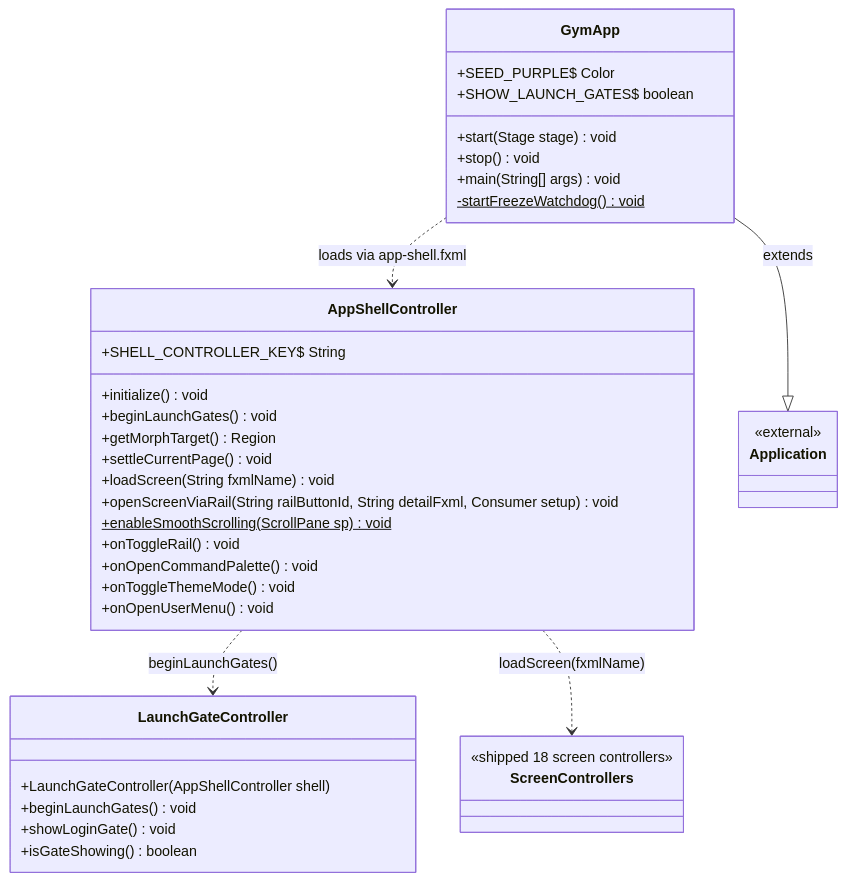
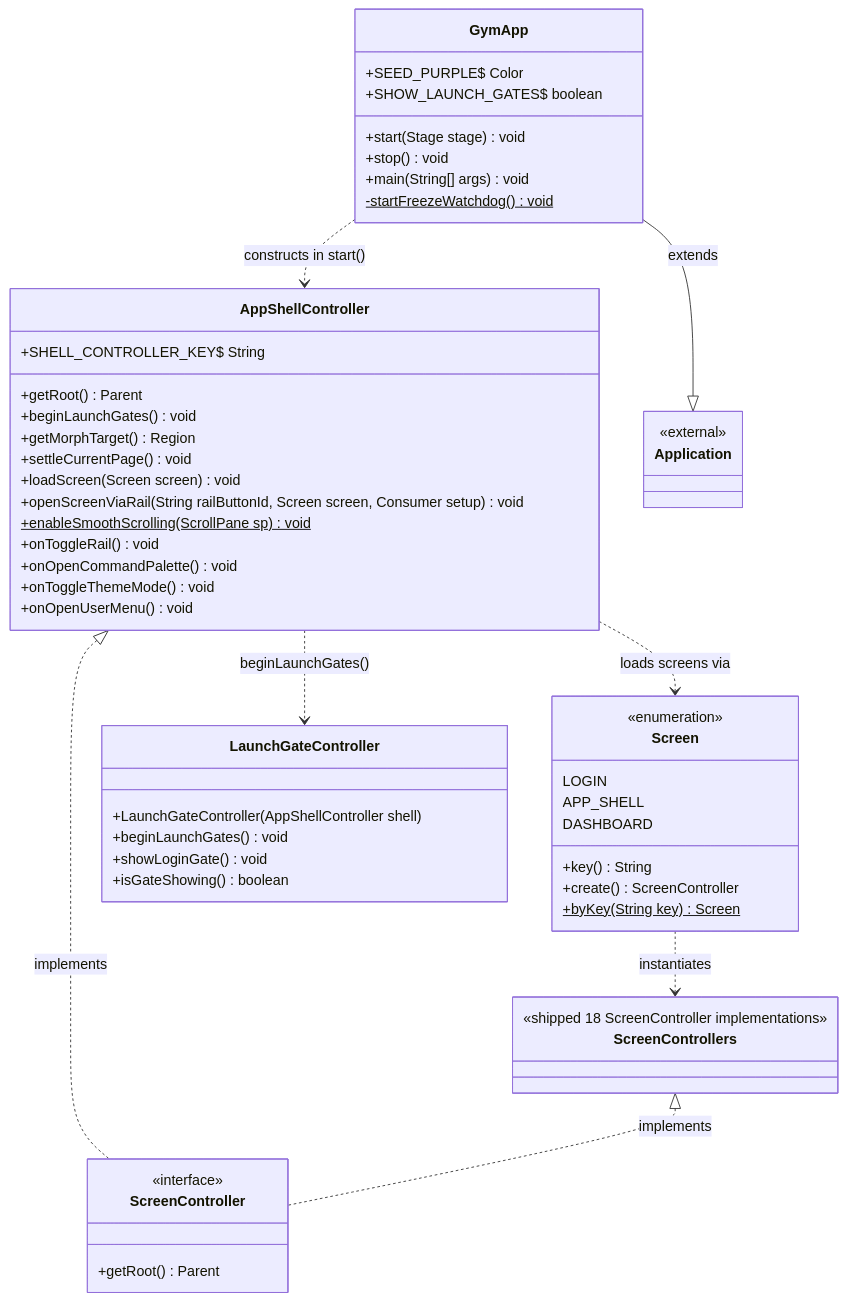
The fifth of 8 diagrams in docs/UML.md (Agono0/gym-management-system), drawn with Mermaid before and after one commit. The commit also changed other lines of this file and 72 other files, not shown here.

Commit message:
feat(gym): add Milestone 2 beginner SQLite/serialization backend, drop app tests, and sync docs

````diff
--- a/docs/UML.md
+++ b/docs/UML.md
@@ -1106,42 +711,58 @@
 ```mermaid
 classDiagram
     direction TB
     class GymApp {
         +SEED_PURPLE$ Color
         +SHOW_LAUNCH_GATES$ boolean
         +start(Stage stage) void
         +stop() void
         +main(String[] args) void
         -startFreezeWatchdog()$ void
     }
+    class ScreenController {
+        <<interface>>
+        +getRoot() Parent
+    }
+    class Screen {
+        <<enumeration>>
+        LOGIN
+        APP_SHELL
+        DASHBOARD
+        +key() String
+        +create() ScreenController
+        +byKey(String key) Screen$
+    }
     class AppShellController {
         +SHELL_CONTROLLER_KEY$ String
-        +initialize() void
+        +getRoot() Parent
         +beginLaunchGates() void
         +getMorphTarget() Region
         +settleCurrentPage() void
-        +loadScreen(String fxmlName) void
-        +openScreenViaRail(String railButtonId, String detailFxml, Consumer setup) void
+        +loadScreen(Screen screen) void
+        +openScreenViaRail(String railButtonId, Screen screen, Consumer setup) void
         +enableSmoothScrolling(ScrollPane sp)$ void
         +onToggleRail() void
         +onOpenCommandPalette() void
         +onToggleThemeMode() void
         +onOpenUserMenu() void
     }
     class LaunchGateController {
         +LaunchGateController(AppShellController shell)
         +beginLaunchGates() void
         +showLoginGate() void
         +isGateShowing() boolean
     }
     class Application {
         <<external>>
     }
     class ScreenControllers {
-        <<shipped 18 screen controllers>>
+        <<shipped 18 ScreenController implementations>>
     }
     GymApp --|> Application : extends
-    GymApp ..> AppShellController : loads via app-shell.fxml
+    GymApp ..> AppShellController : constructs in start()
+    AppShellController <|.. ScreenController : implements
     AppShellController ..> LaunchGateController : beginLaunchGates()
-    AppShellController ..> ScreenControllers : loadScreen(fxmlName)
+    AppShellController ..> Screen : loads screens via
+    Screen ..> ScreenControllers : instantiates
+    ScreenControllers <|.. ScreenController : implements
 ```
````
